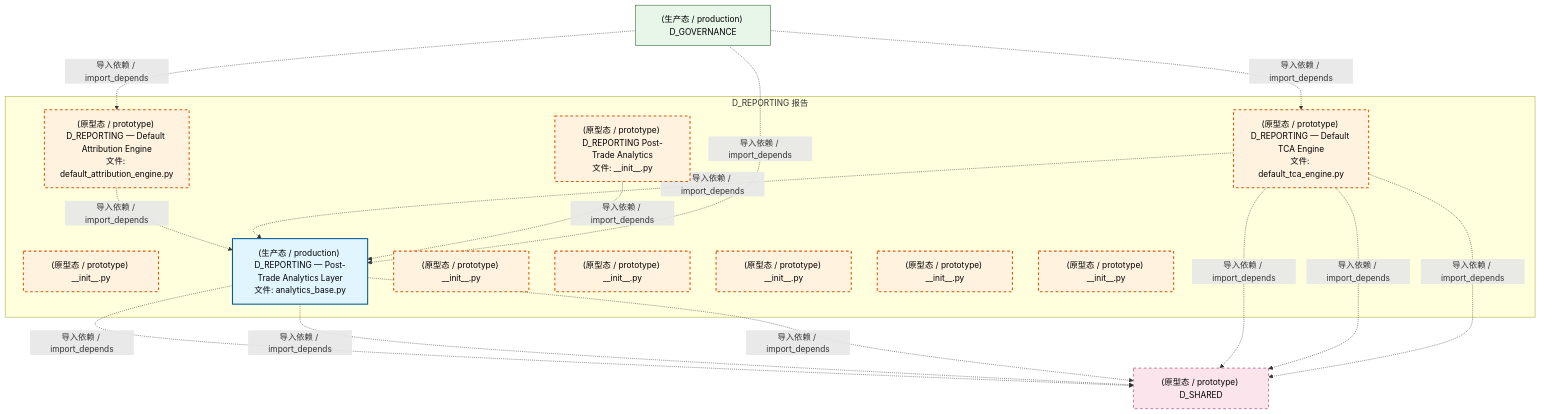
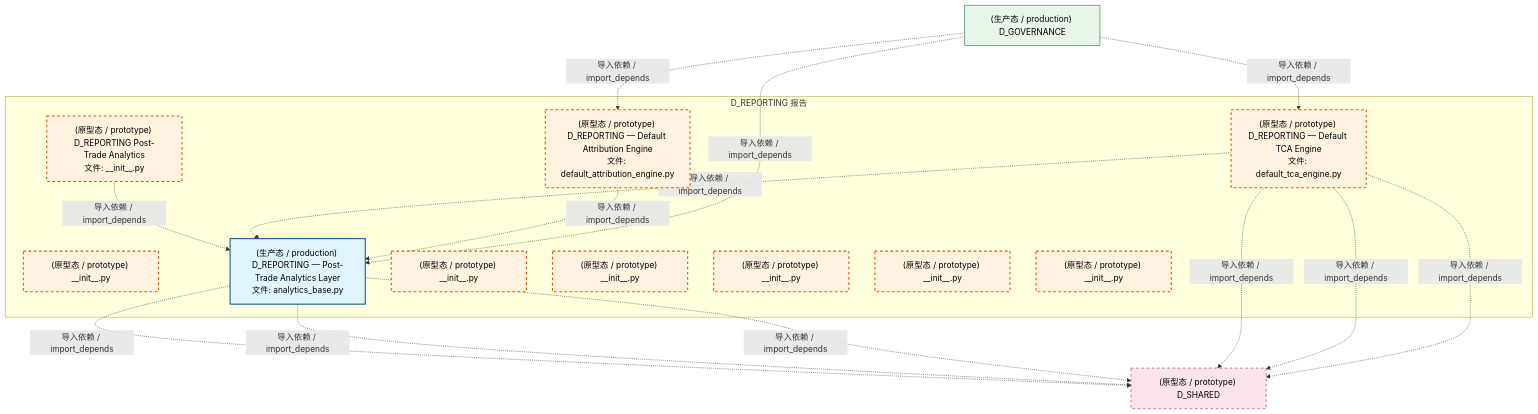
One commit to xuanFelixVan/ZephyrAlpha changed the first of 4 diagrams in docs/02_enterprise_architecture/02_domain_architecture_docs/16_d_reporting.md. Above: the diagram before and after it, drawn with Mermaid. The commit also changed other lines of this file and 100 other files, not shown here.

````diff
--- a/docs/02_enterprise_architecture/02_domain_architecture_docs/16_d_reporting.md
+++ b/docs/02_enterprise_architecture/02_domain_architecture_docs/16_d_reporting.md
@@ -73,37 +73,37 @@
 ```mermaid
 graph TD
     subgraph D_REPORTING["D_REPORTING 报告"]
         src_zephyr_reporting_init_py["(原型态 / prototype) D_REPORTING Post-Trade Analytics<br/>文件: __init__.py"]
         src_zephyr_reporting_extensions_init_py["(原型态 / prototype) __init__.py"]
         src_zephyr_reporting_analytics_base_py["(生产态 / production) D_REPORTING — Post-Trade Analytics Layer<br/>文件: analytics_base.py"]
         src_zephyr_reporting_api_init_py["(原型态 / prototype) __init__.py"]
         src_zephyr_reporting_core_init_py["(原型态 / prototype) __init__.py"]
         src_zephyr_reporting_default_attribution_engine_py["(原型态 / prototype) D_REPORTING — Default Attribution Engine<br/>文件: default_attribution_engine.py"]
         src_zephyr_reporting_default_tca_engine_py["(原型态 / prototype) D_REPORTING — Default TCA Engine<br/>文件: default_tca_engine.py"]
         src_zephyr_reporting_infrastructure_init_py["(原型态 / prototype) __init__.py"]
         src_zephyr_reporting_models_init_py["(原型态 / prototype) __init__.py"]
         src_zephyr_reporting_services_init_py["(原型态 / prototype) __init__.py"]
     end
+    src_zephyr_reporting_init_py -.->|导入依赖 / import_depends| src_zephyr_reporting_analytics_base_py
+    src_zephyr_reporting_default_tca_engine_py -.->|导入依赖 / import_depends| src_zephyr_reporting_analytics_base_py
     src_zephyr_reporting_default_attribution_engine_py -.->|导入依赖 / import_depends| src_zephyr_reporting_analytics_base_py
-    src_zephyr_reporting_default_tca_engine_py -.->|导入依赖 / import_depends| src_zephyr_reporting_analytics_base_py
-    src_zephyr_reporting_init_py -.->|导入依赖 / import_depends| src_zephyr_reporting_analytics_base_py
     D_SHARED["(原型态 / prototype) D_SHARED"]
     src_zephyr_reporting_analytics_base_py -.->|导入依赖 / import_depends| D_SHARED
     src_zephyr_reporting_analytics_base_py -.->|导入依赖 / import_depends| D_SHARED
     src_zephyr_reporting_analytics_base_py -.->|导入依赖 / import_depends| D_SHARED
     src_zephyr_reporting_default_tca_engine_py -.->|导入依赖 / import_depends| D_SHARED
     src_zephyr_reporting_default_tca_engine_py -.->|导入依赖 / import_depends| D_SHARED
     src_zephyr_reporting_default_tca_engine_py -.->|导入依赖 / import_depends| D_SHARED
     D_GOVERNANCE["(生产态 / production) D_GOVERNANCE"]
     D_GOVERNANCE -.->|导入依赖 / import_depends| src_zephyr_reporting_default_tca_engine_py
     D_GOVERNANCE -.->|导入依赖 / import_depends| src_zephyr_reporting_default_attribution_engine_py
     D_GOVERNANCE -.->|导入依赖 / import_depends| src_zephyr_reporting_analytics_base_py
     classDef production fill:#e1f5fe,stroke:#01579b,stroke-width:2px,color:#000
     classDef design fill:#fff3e0,stroke:#e65100,stroke-width:2px,color:#000,stroke-dasharray: 5 5
     classDef external_prod fill:#e8f5e9,stroke:#1b5e20,stroke-width:1px,color:#000
     classDef external_design fill:#fce4ec,stroke:#880e4f,stroke-width:1px,color:#000,stroke-dasharray: 5 5
     class src_zephyr_reporting_analytics_base_py production
     class src_zephyr_reporting_init_py,src_zephyr_reporting_extensions_init_py,src_zephyr_reporting_api_init_py,src_zephyr_reporting_core_init_py,src_zephyr_reporting_default_attribution_engine_py,src_zephyr_reporting_default_tca_engine_py,src_zephyr_reporting_infrastructure_init_py,src_zephyr_reporting_models_init_py,src_zephyr_reporting_services_init_py design
     class D_GOVERNANCE external_prod
     class D_SHARED external_design
 ```
````
